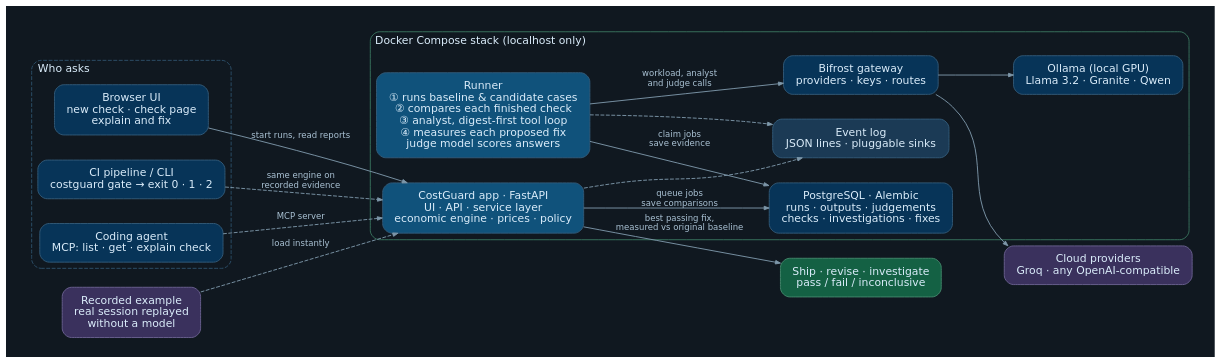
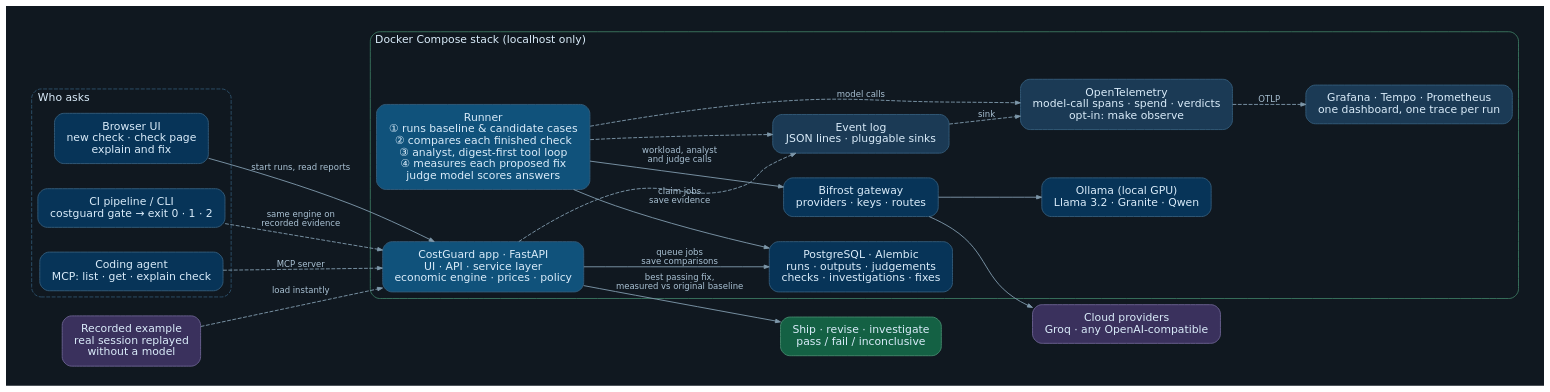
Before and after one commit to lazinWolf/CostGuard: the diagram in docs/costguard-architecture.dot, drawn with Graphviz. The commit also changed 19 other files, not shown here.

First line of the commit message:
Add OpenTelemetry traces and metrics with a Grafana dashboard

```diff
--- a/docs/costguard-architecture.dot
+++ b/docs/costguard-architecture.dot
@@ -1,72 +1,77 @@
 // What the repository implements today. The intended long-term workflow is costguard-workflow.dot.
 // Render: dot -Tsvg docs/costguard-architecture.dot -o docs/costguard-architecture.svg
 digraph CostGuardArchitecture {
   graph [
     rankdir=LR,
     bgcolor="#101820",
     pad="0.35",
     nodesep="0.45",
     ranksep="0.9",
     fontname="DejaVu Sans",
     fontcolor="#DAECFA",
     fontsize=14,
     labeljust=l
   ];
   node [
     shape=box,
     style="rounded,filled",
     color="#335B7A",
     fillcolor="#073458",
     fontcolor="#DAECFA",
     fontname="DejaVu Sans",
     fontsize=14,
     margin="0.22,0.14",
     penwidth=1.2
   ];
   edge [
     color="#7E98AA",
     fontcolor="#A9C1D3",
     fontname="DejaVu Sans",
     fontsize=11,
     arrowsize=0.65,
     penwidth=1.2
   ];
 
   subgraph cluster_people {
     label="Who asks";
     style="rounded,dashed";
     color="#335B7A";
     browser [label="Browser UI\nnew check · check page\nexplain and fix"];
     ci [label="CI pipeline / CLI\ncostguard gate → exit 0 · 1 · 2"];
     agent [label="Coding agent\nMCP: list · get · explain check"];
   }
 
   subgraph cluster_stack {
     label="Docker Compose stack (localhost only)";
     style="rounded";
     color="#43886B";
     app [label="CostGuard app · FastAPI\nUI · API · service layer\neconomic engine · prices · policy", fillcolor="#10527B"];
     runner [label="Runner\n① runs baseline & candidate cases\n② compares each finished check\n③ analyst, digest-first tool loop\n④ measures each proposed fix\njudge model scores answers", fillcolor="#10527B"];
     db [label="PostgreSQL · Alembic\nruns · outputs · judgements\nchecks · investigations · fixes"];
     events [label="Event log\nJSON lines · pluggable sinks", fillcolor="#1B3A55"];
+    otel [label="OpenTelemetry\nmodel-call spans · spend · verdicts\nopt-in: make observe", fillcolor="#1B3A55"];
+    grafana [label="Grafana · Tempo · Prometheus\none dashboard, one trace per run", fillcolor="#1B3A55"];
     bifrost [label="Bifrost gateway\nproviders · keys · routes"];
     ollama [label="Ollama (local GPU)\nLlama 3.2 · Granite · Qwen"];
   }
 
   recorded [label="Recorded example\nreal session replayed\nwithout a model", fillcolor="#3A315D", color="#6C6291"];
   cloud [label="Cloud providers\nGroq · any OpenAI-compatible", fillcolor="#3A315D", color="#6C6291"];
   decision [label="Ship · revise · investigate\npass / fail / inconclusive", fillcolor="#146144", color="#43886B"];
 
   browser -> app [label="start runs, read reports"];
   ci -> app [label="same engine on\nrecorded evidence", style=dashed];
   agent -> app [label="MCP server", style=dashed];
   recorded -> app [label="load instantly", style=dashed];
   runner -> events [style=dashed];
   app -> events [style=dashed];
+  events -> otel [label="sink", style=dashed];
+  runner -> otel [label="model calls", style=dashed];
+  otel -> grafana [label="OTLP", style=dashed];
   app -> db [label="queue jobs\nsave comparisons"];
   runner -> db [label="claim jobs\nsave evidence"];
   runner -> bifrost [label="workload, analyst\nand judge calls"];
   bifrost -> ollama;
   bifrost -> cloud;
   app -> decision [label="best passing fix,\nmeasured vs original baseline"];
 }
```
